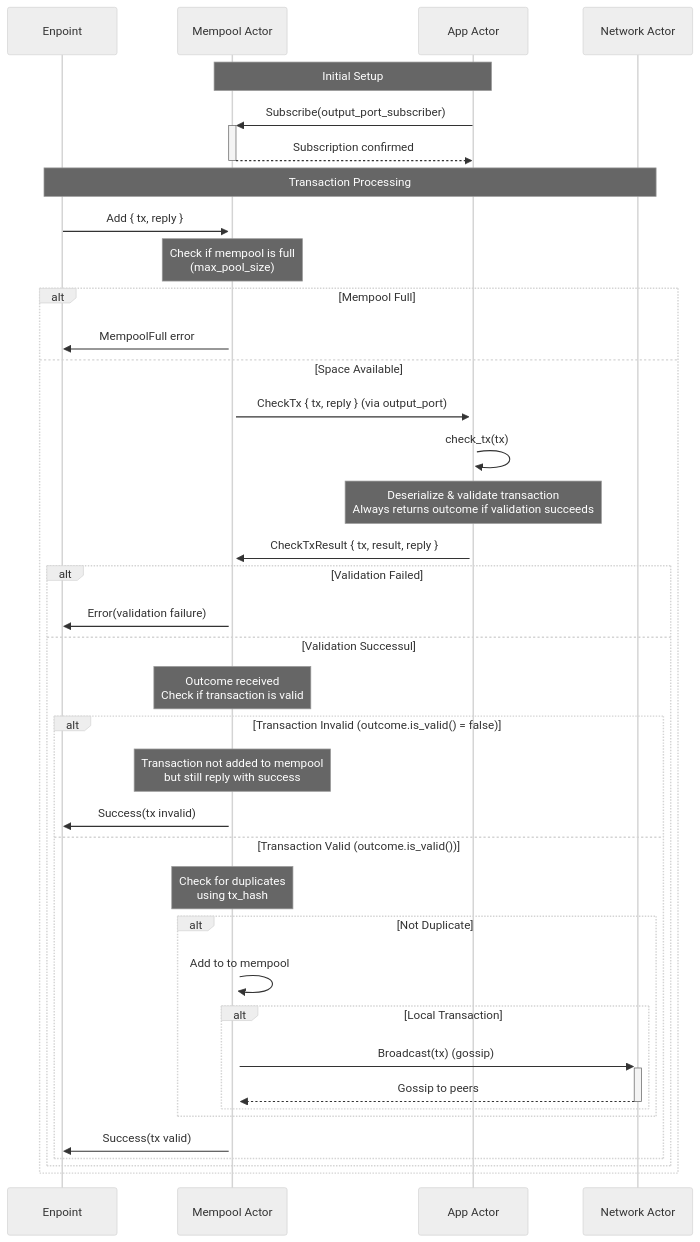
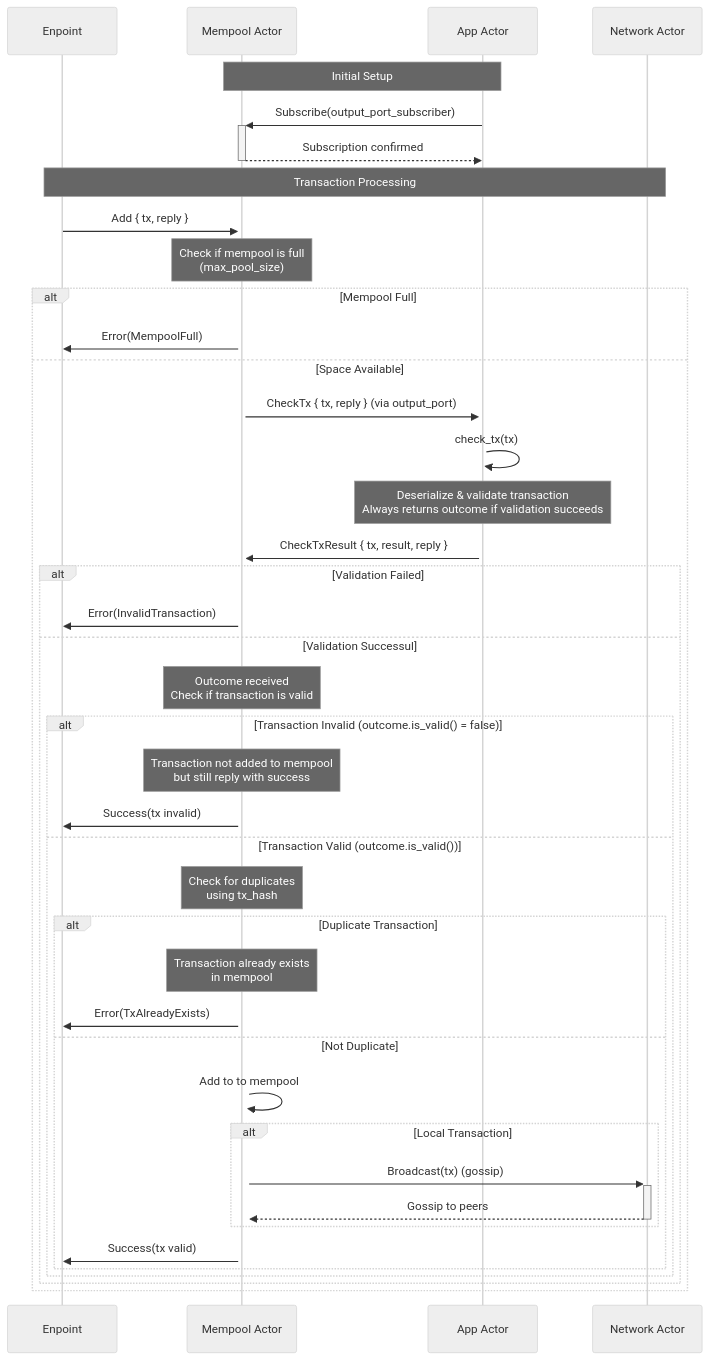
One commit to circlefin/malachite-mempool changed the diagram in README.md. Above: the diagram before and after it, drawn with Mermaid (neutral theme). The commit also changed other lines of this file and 9 other files, not shown here.

First line of the commit message:
Return error on duplicate transaction

````diff
--- a/README.md
+++ b/README.md
@@ -11,51 +11,54 @@
 ```mermaid
 sequenceDiagram
     participant App as Enpoint
     participant Mempool as Mempool Actor
     participant AppActor as App Actor  
     participant Network as Network Actor
     
     Note over AppActor,Mempool: Initial Setup
     AppActor->>+Mempool: Subscribe(output_port_subscriber)
     Mempool-->>-AppActor: Subscription confirmed
     
     Note over App,Network: Transaction Processing
     App->>+Mempool: Add { tx, reply }
     
     Note over Mempool: Check if mempool is full<br/>(max_pool_size)
     
     alt Mempool Full
-        Mempool->>App: MempoolFull error
+        Mempool->>App: Error(MempoolFull)
     else Space Available
         Mempool->>+AppActor: CheckTx { tx, reply } (via output_port)
         
         AppActor->>+AppActor: check_tx(tx)
         Note over AppActor: Deserialize & validate transaction<br/>Always returns outcome if validation succeeds
         
         AppActor->>+Mempool: CheckTxResult { tx, result, reply }
         
         alt Validation Failed
-            Mempool->>App: Error(validation failure)
+            Mempool->>App: Error(InvalidTransaction)
         else Validation Successul
             Note over Mempool: Outcome received<br/>Check if transaction is valid
             
             alt Transaction Invalid (outcome.is_valid() = false)
                 Note over Mempool: Transaction not added to mempool<br/>but still reply with success
                 Mempool->>App: Success(tx invalid)
             else Transaction Valid (outcome.is_valid())
                 Note over Mempool: Check for duplicates<br/>using tx_hash
             
-                alt Not Duplicate
+                alt Duplicate Transaction
+                    Note over Mempool: Transaction already exists<br/>in mempool
+                    Mempool->>App: Error(TxAlreadyExists)
+                else Not Duplicate
                     Mempool->>Mempool: Add to to mempool
                     
                     alt Local Transaction
                         Mempool->>+Network: Broadcast(tx) (gossip)
                         Network-->>-Mempool: Gossip to peers
                     end
-                                    
+                    
+                    Mempool->>App: Success(tx valid)
                 end
-                Mempool->>App: Success(tx valid)    
             end
         end
     end
 ```
````
